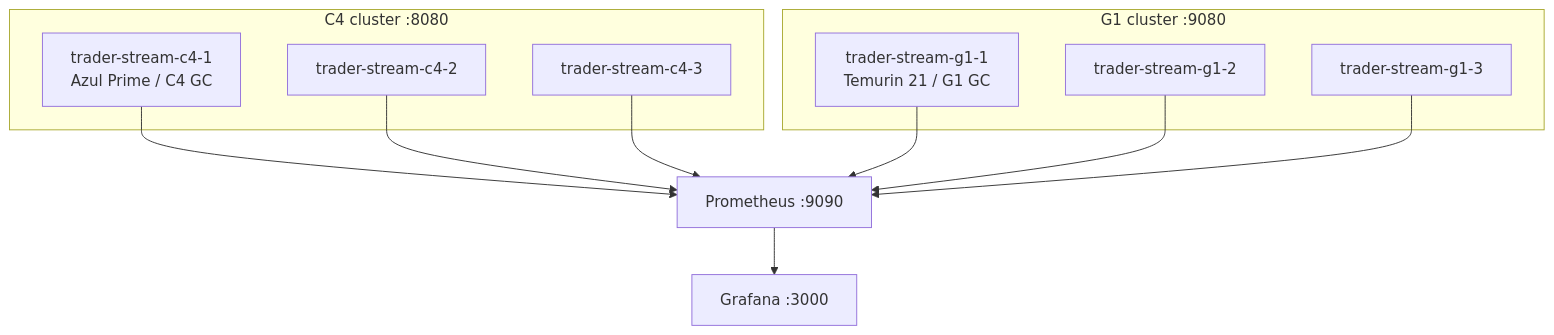
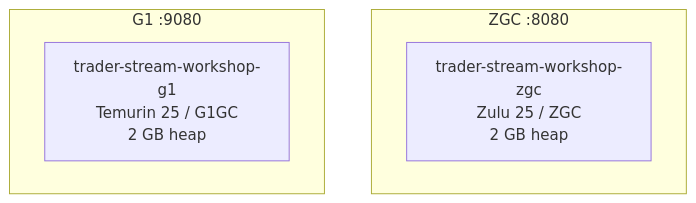
One commit to pedanticdev/trader-stream-ee changed the second of 5 diagrams in workshop/WORKSHOP.md. Above: the diagram before and after it, drawn with Mermaid. The commit also changed other lines of this file and 45 other files, not shown here.

Commit message:
Final workshop prep: ZGC+G1 dual setup, all docs updated

````diff
--- a/workshop/WORKSHOP.md
+++ b/workshop/WORKSHOP.md
@@ -50,19 +48,9 @@
 ```mermaid
 flowchart TB
-    subgraph C4 cluster :8080
-      C1[trader-stream-c4-1<br/>Azul Prime / C4 GC]
-      C2[trader-stream-c4-2]
-      C3[trader-stream-c4-3]
+    subgraph ZGC :8080
+      Z[trader-stream-workshop-zgc<br/>Zulu 25 / ZGC<br/>2 GB heap]
     end
-    subgraph G1 cluster :9080
-      G1[trader-stream-g1-1<br/>Temurin 21 / G1 GC]
-      G2[trader-stream-g1-2]
-      G3[trader-stream-g1-3]
+    subgraph G1 :9080
+      G[trader-stream-workshop-g1<br/>Temurin 25 / G1GC<br/>2 GB heap]
     end
-    Prom[Prometheus :9090]
-    Graf[Grafana :3000]
-
-    C1 & C2 & C3 --> Prom
-    G1 & G2 & G3 --> Prom
-    Prom --> Graf
 ```
````
